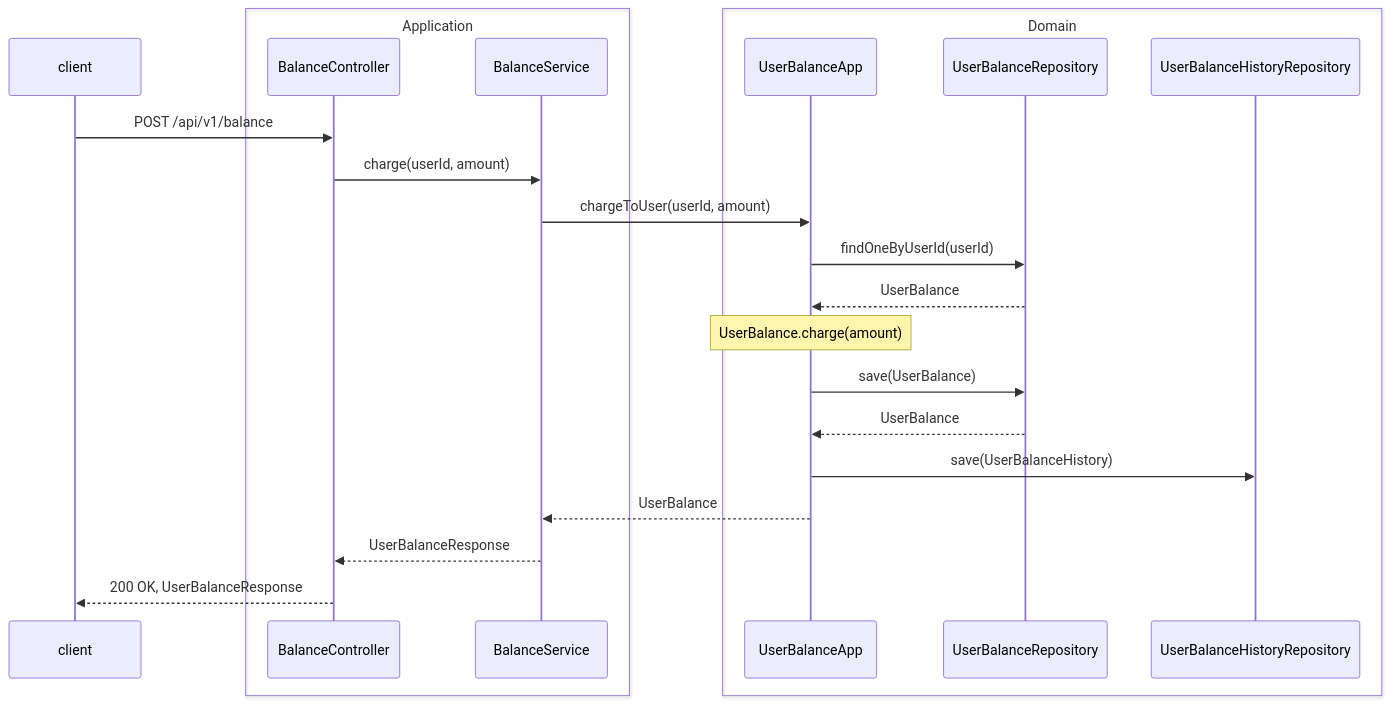
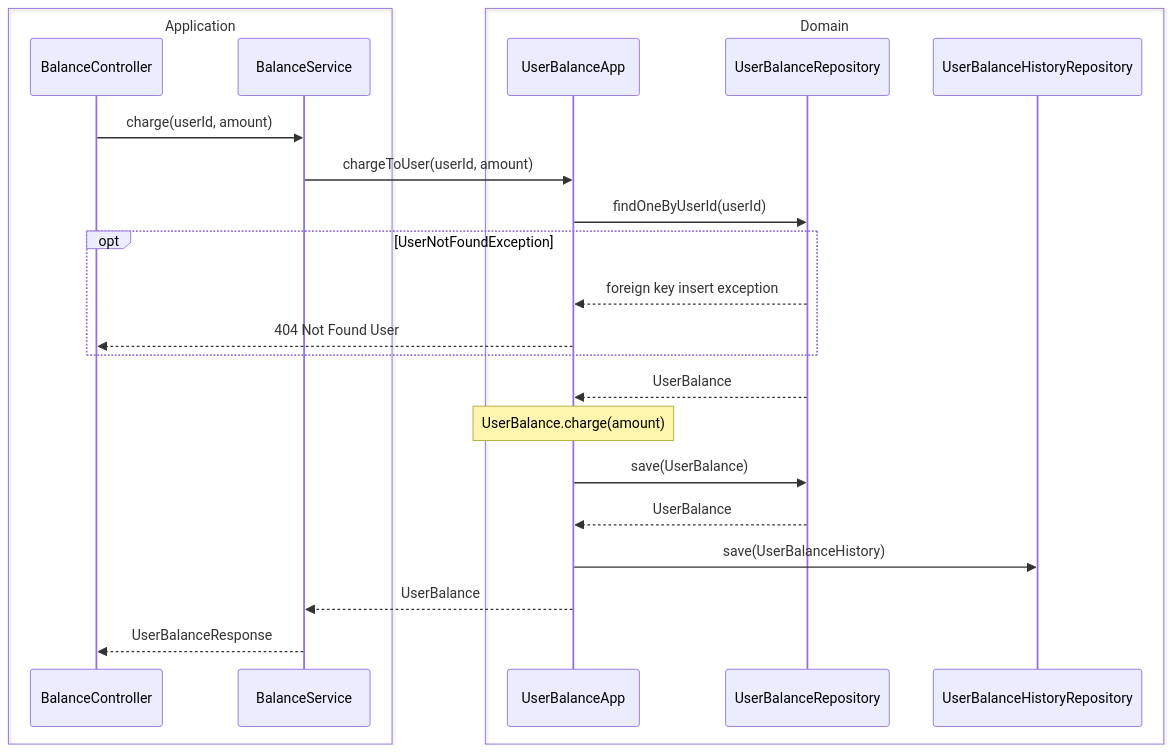
The fourth of 4 diagrams in docs/api/balance.md (newbieJanghan/hh_plus_server), drawn with Mermaid before and after one commit. The commit also changed other lines of this file and 2 other files, not shown here.

Commit message:
Docs: API 문서 수정

````diff
--- a/docs/api/balance.md
+++ b/docs/api/balance.md
@@ -117,31 +152,31 @@
 ```mermaid
 sequenceDiagram
-    participant client
     box Application
         participant BalanceController
         participant BalanceService
     end
 
     box Domain
         participant UserBalanceApp
         participant UserBalanceRepository
         participant UserBalanceHistoryRepository
     end
 
-    client ->> BalanceController: POST /api/v1/balance
     BalanceController ->> BalanceService: charge(userId, amount)
     BalanceService ->> UserBalanceApp: chargeToUser(userId, amount)
 #
     UserBalanceApp ->> UserBalanceRepository: findOneByUserId(userId)
+    opt UserNotFoundException
+        UserBalanceRepository -->> UserBalanceApp: foreign key insert exception
+        UserBalanceApp -->> BalanceController: 404 Not Found User
+    end
     UserBalanceRepository -->> UserBalanceApp: UserBalance
     Note over UserBalanceApp: UserBalance.charge(amount)
-    
     UserBalanceApp ->> UserBalanceRepository: save(UserBalance)
     UserBalanceRepository -->> UserBalanceApp: UserBalance
     UserBalanceApp ->> UserBalanceHistoryRepository: save(UserBalanceHistory)
-    
+
 #
     UserBalanceApp -->> BalanceService: UserBalance
     BalanceService -->> BalanceController: UserBalanceResponse
-    BalanceController -->> client: 200 OK, UserBalanceResponse
 ```
````
